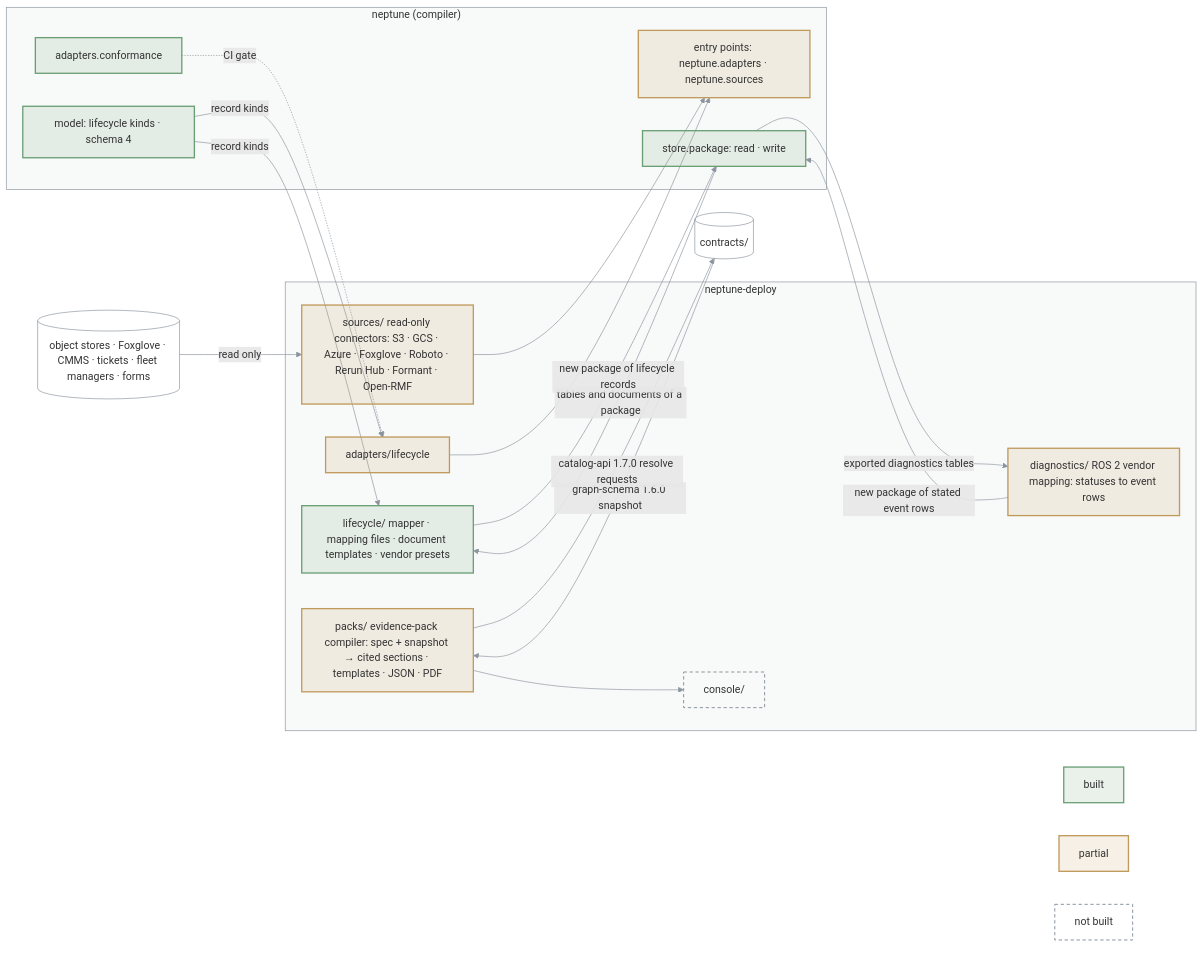
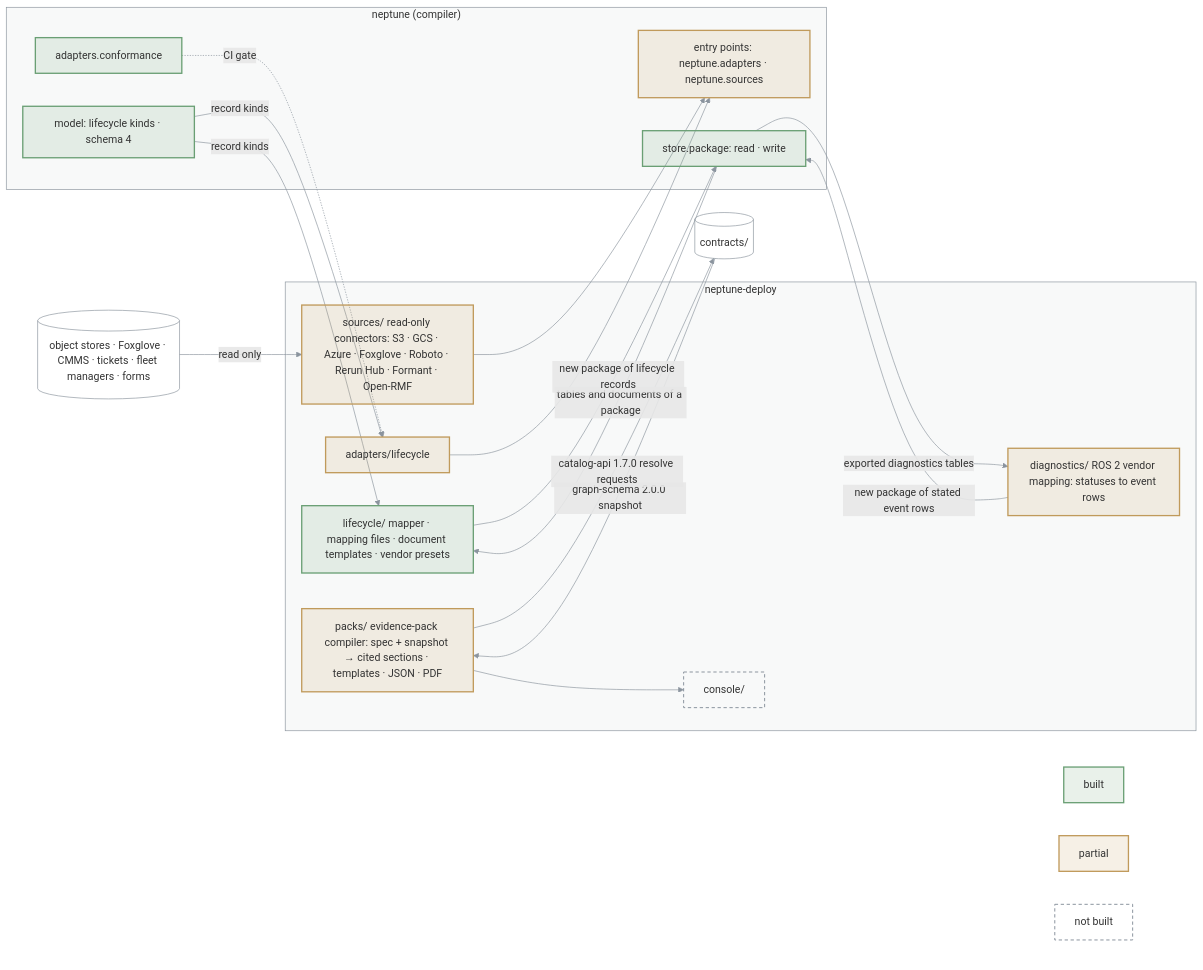
One commit to bennytay/neptune changed the diagram in packages/neptune-deploy/ARCHITECTURE.md. Above: the diagram before and after it, drawn with Mermaid. The commit also changed 11 other files, not shown here.

First line of the commit message:
feat(deploy): read graph-schema 2.x snapshots and lock graph-schema 2.0.0

````diff
--- a/packages/neptune-deploy/ARCHITECTURE.md
+++ b/packages/neptune-deploy/ARCHITECTURE.md
@@ -3,53 +3,53 @@
 ```mermaid
 flowchart LR
   EXT[("object stores · Foxglove · CMMS · tickets · fleet managers · forms")]
   subgraph P["neptune-deploy"]
     SRC["sources/ read-only connectors: S3 · GCS · Azure · Foxglove · Roboto · Rerun Hub · Formant · Open-RMF"]
     LIF["adapters/lifecycle"]
     MAP["lifecycle/ mapper · mapping files · document templates · vendor presets"]
     DIAG["diagnostics/ ROS 2 vendor mapping: statuses to event rows"]
     PACKS["packs/ evidence-pack compiler: spec + snapshot → cited sections · templates · JSON · PDF"]
     CONSOLE["console/"]
   end
   subgraph C["neptune (compiler)"]
     EP["entry points: neptune.adapters · neptune.sources"]
     CONF["adapters.conformance"]
     MODEL["model: lifecycle kinds · schema 4"]
     STORE["store.package: read · write"]
   end
   CON[("contracts/")]
 
   EXT -->|read only| SRC
   SRC --> EP
   LIF --> EP
   CONF -.->|CI gate| LIF
   MODEL -->|record kinds| LIF
   STORE -->|tables and documents of a package| MAP
   MAP -->|new package of lifecycle records| STORE
   MODEL -->|record kinds| MAP
   STORE -->|exported diagnostics tables| DIAG
   DIAG -->|new package of stated event rows| STORE
-  CON -->|graph-schema 1.6.0 snapshot| PACKS
+  CON -->|graph-schema 2.0.0 snapshot| PACKS
   PACKS -->|catalog-api 1.7.0 resolve requests| CON
   PACKS --> CONSOLE
 
   subgraph KEY[" "]
     K1["built"]
     K2["partial"]
     K3["not built"]
   end
   CONSOLE ~~~ K1 & K2 & K3
 
   classDef built fill:#6a9f7426,stroke:#6a9f74,stroke-width:2px
   classDef partial fill:#c09a5b26,stroke:#c09a5b,stroke-width:2px
   classDef todo fill:none,stroke:#8b949e,stroke-width:1.5px,stroke-dasharray:5 4
   classDef ext fill:none,stroke:#8b949e,stroke-width:1px
   class K1,CONF,MODEL,STORE,MAP built
   class K2,LIF,EP,SRC,DIAG,PACKS partial
   class CONSOLE,K3 todo
   class CON,EXT ext
   style P fill:#8b949e0f,stroke:#8b949e
   style C fill:#8b949e0f,stroke:#8b949e
   style KEY fill:none,stroke:none
   linkStyle default stroke:#8b949e
 ```
````
